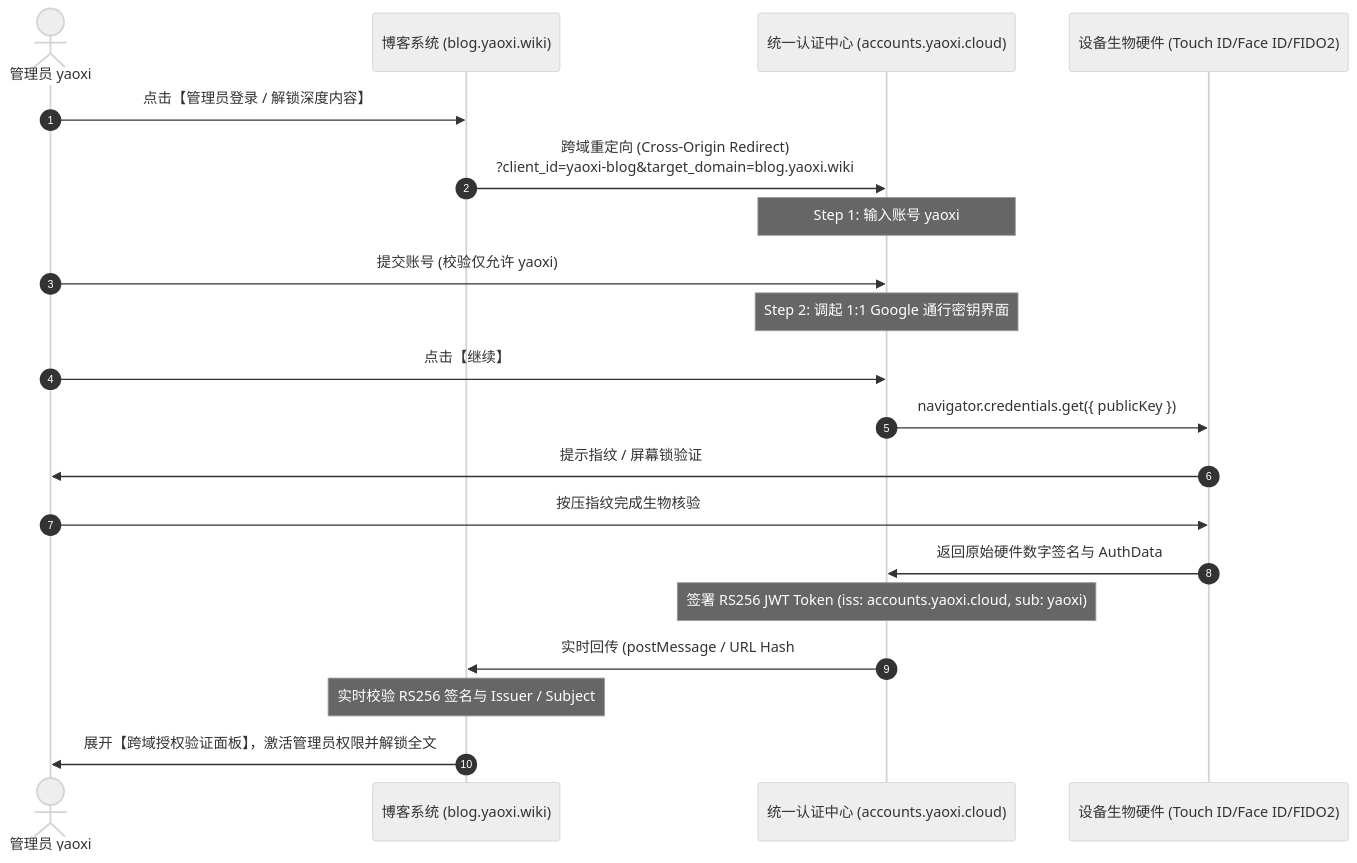
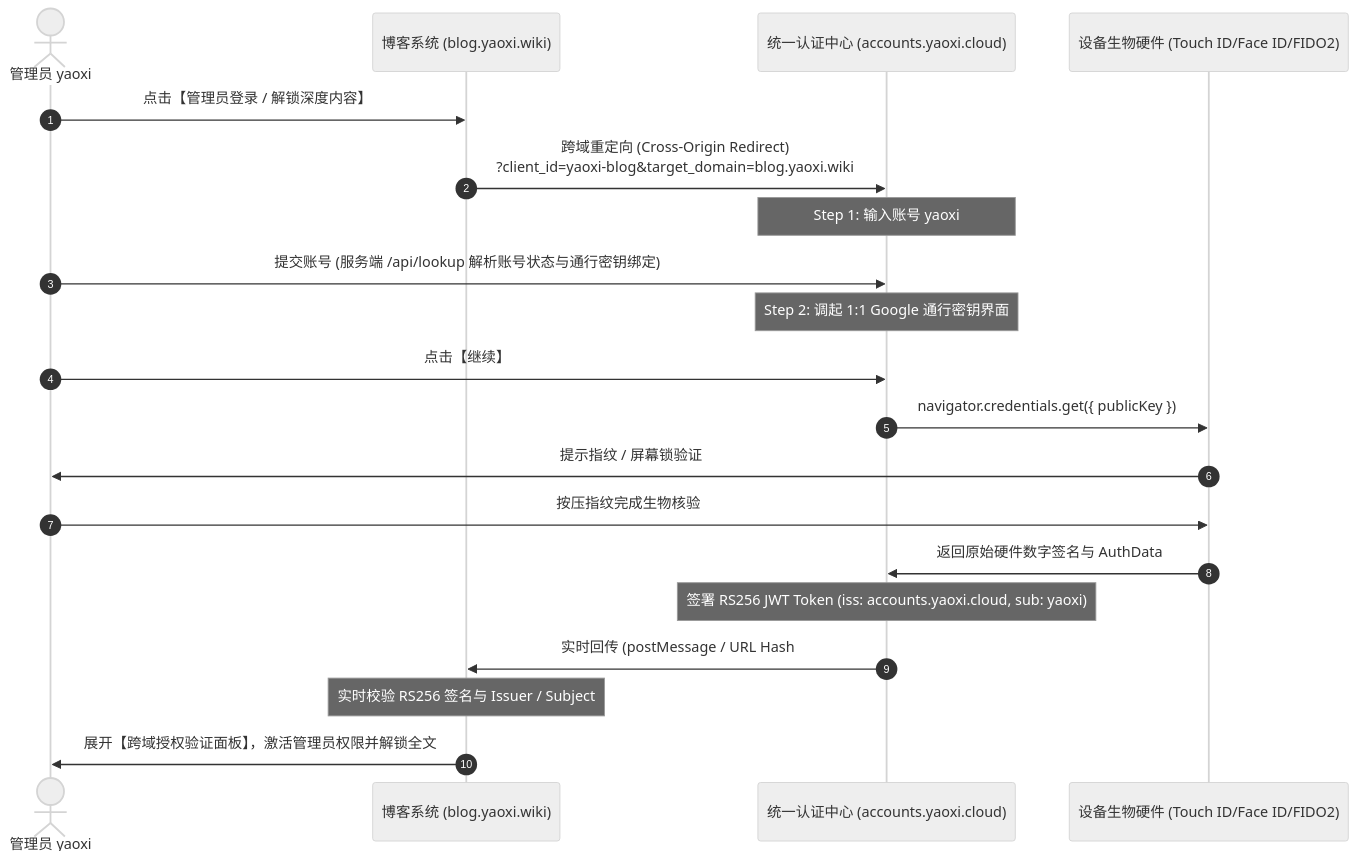
The second of 2 diagrams in README.md (yaoxiovo/OAuth2.0-yaoxi), drawn with Mermaid (neutral theme) before and after one commit. The commit also changed other lines of this file and 23 other files, not shown here.

````diff
--- a/README.md
+++ b/README.md
@@ -59,23 +90,23 @@
 ```mermaid
 sequenceDiagram
     autonumber
     actor User as 管理员 yaoxi
     participant Blog as 博客系统 (blog.yaoxi.wiki)
     participant SSO as 统一认证中心 (accounts.yaoxi.cloud)
     participant HW as 设备生物硬件 (Touch ID/Face ID/FIDO2)
 
     User->>Blog: 点击【管理员登录 / 解锁深度内容】
     Blog->>SSO: 跨域重定向 (Cross-Origin Redirect)<br/>?client_id=yaoxi-blog&target_domain=blog.yaoxi.wiki
     Note over SSO: Step 1: 输入账号 yaoxi
-    User->>SSO: 提交账号 (校验仅允许 yaoxi)
+    User->>SSO: 提交账号 (服务端 /api/lookup 解析账号状态与通行密钥绑定)
     Note over SSO: Step 2: 调起 1:1 Google 通行密钥界面
     User->>SSO: 点击【继续】
     SSO->>HW: navigator.credentials.get({ publicKey })
     HW->>User: 提示指纹 / 屏幕锁验证
     User->>HW: 按压指纹完成生物核验
     HW->>SSO: 返回原始硬件数字签名与 AuthData
     Note over SSO: 签署 RS256 JWT Token (iss: accounts.yaoxi.cloud, sub: yaoxi)
     SSO->>Blog: 实时回传 (postMessage / URL Hash #access_token=...)
     Note over Blog: 实时校验 RS256 签名与 Issuer / Subject
     Blog->>User: 展开【跨域授权验证面板】，激活管理员权限并解锁全文
 ```
````
